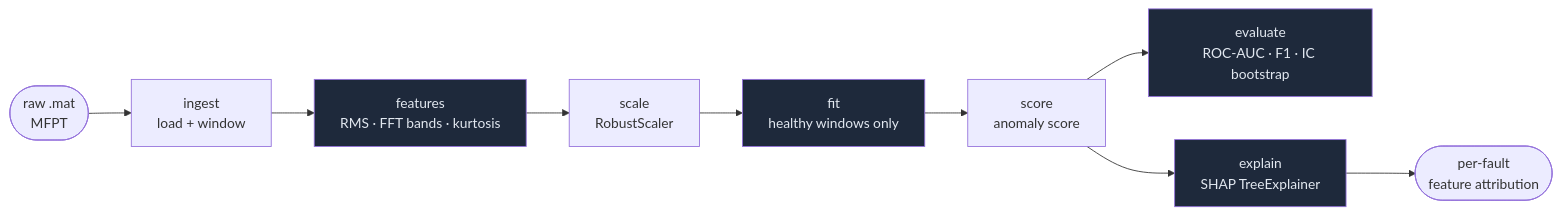
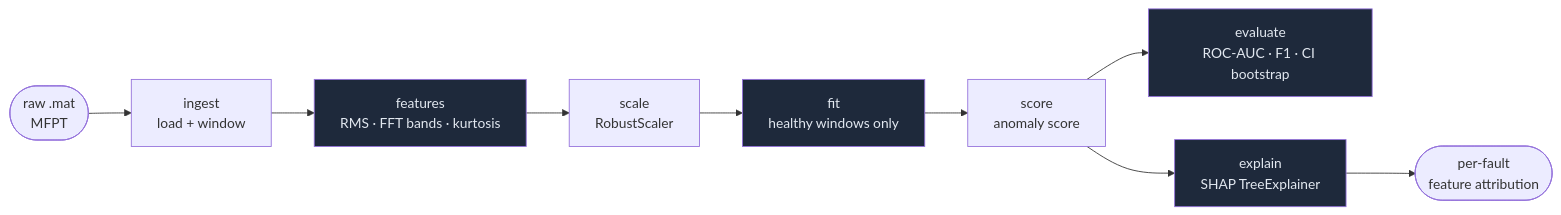
The diagram in README.md (RenanMiqueloti/industrial-anomaly-detection), drawn with Mermaid before and after one commit. The commit also changed other lines of this file and 9 other files, not shown here.

````diff
--- a/README.md
+++ b/README.md
@@ -23,18 +193,18 @@
 ```mermaid
 graph LR
     A([raw .mat<br/>MFPT]) --> B
     B[ingest<br/>load + window] --> C
     C[features<br/>RMS · FFT bands · kurtosis] --> D
     D[scale<br/>RobustScaler] --> E
     E[fit<br/>healthy windows only] --> F
     F[score<br/>anomaly score] --> G
-    G[evaluate<br/>ROC-AUC · F1 · IC bootstrap]
+    G[evaluate<br/>ROC-AUC · F1 · CI bootstrap]
     F --> H
     H[explain<br/>SHAP TreeExplainer]
     H --> I([per-fault<br/>feature attribution])
 
     style C fill:#1e293b,color:#e2e8f0
     style E fill:#1e293b,color:#e2e8f0
     style G fill:#1e293b,color:#e2e8f0
     style H fill:#1e293b,color:#e2e8f0
 ```
````
